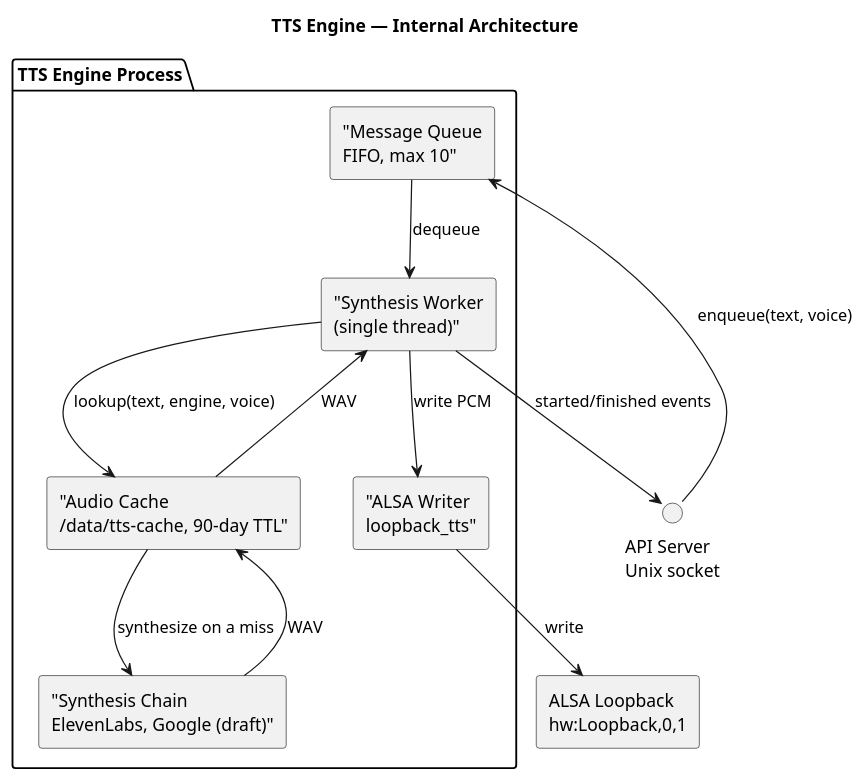
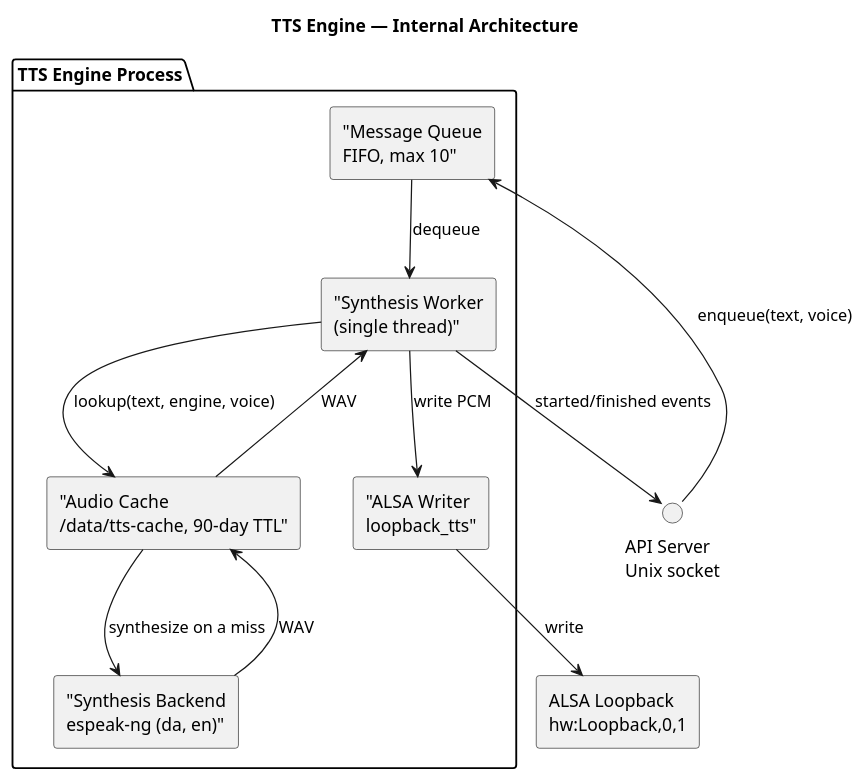
One commit to LydByDissing/kids-desktop-speaker changed the diagram in docs/source/architecture/tts-engine/solution-design.rst. Above: the diagram before and after it, drawn with PlantUML. The commit also changed other lines of this file and 4 other files, not shown here.

```diff
--- a/docs/source/architecture/tts-engine/solution-design.rst
+++ b/docs/source/architecture/tts-engine/solution-design.rst
@@ -35,32 +35,32 @@
 .. plantuml::
    :caption: TTS Engine — Internal Architecture
    :name: fig-tts-internal
 
    @startuml
    skinparam componentStyle rectangle
    skinparam backgroundColor white
 
    title TTS Engine — Internal Architecture
 
    package "TTS Engine Process" as tts {
        component ["Message Queue\nFIFO, max 10"] as queue
        component ["Synthesis Worker\n(single thread)"] as worker
        component ["Audio Cache\n/data/tts-cache, 90-day TTL"] as cache
-       component ["Synthesis Chain\nElevenLabs, Google (draft)"] as piper
+       component ["Synthesis Backend\nespeak-ng (da, en)"] as piper
        component ["ALSA Writer\nloopback_tts"] as alsa
    }
 
    interface "API Server\nUnix socket" as api
    component "ALSA Loopback\nhw:Loopback,0,1" as loopback
 
    api --> queue : enqueue(text, voice)
    queue --> worker : dequeue
    worker --> cache : lookup(text, engine, voice)
    cache --> piper : synthesize on a miss
    piper --> cache : WAV
    cache --> worker : WAV
    worker --> alsa : write PCM
    alsa --> loopback : write
    worker --> api : started/finished events
 
    @enduml
```
